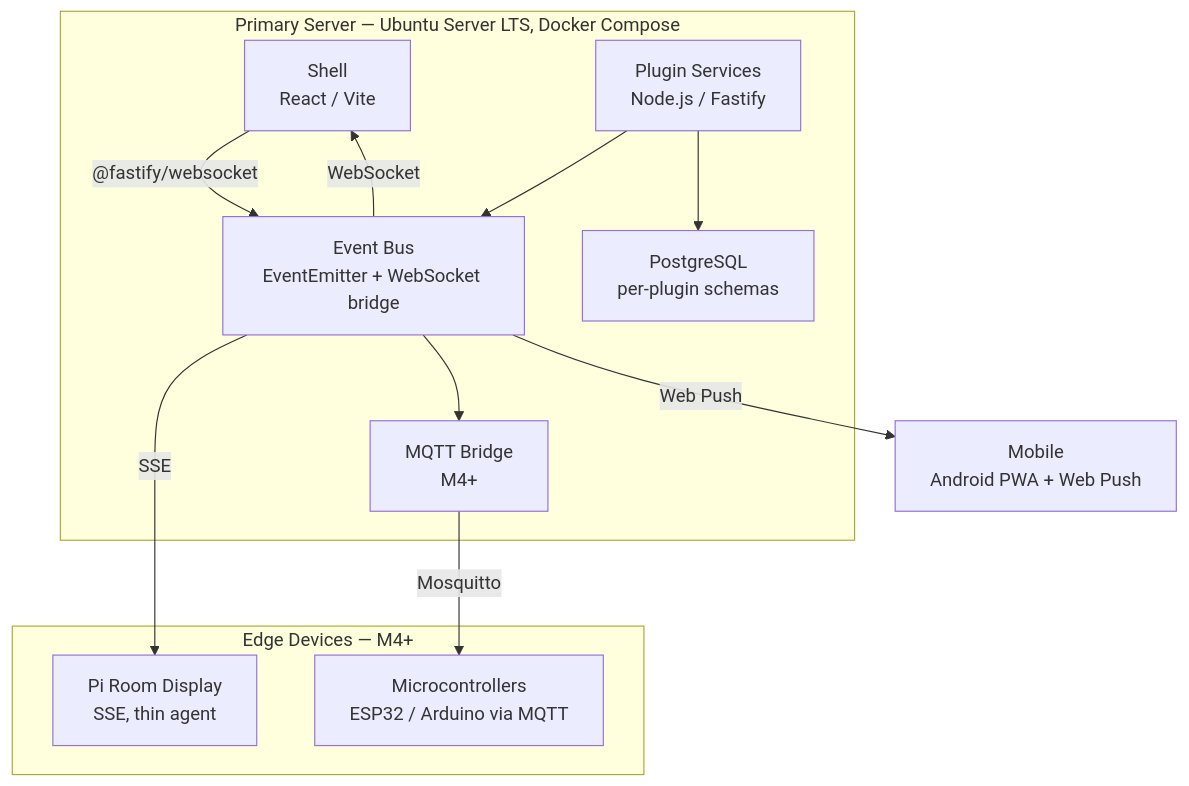
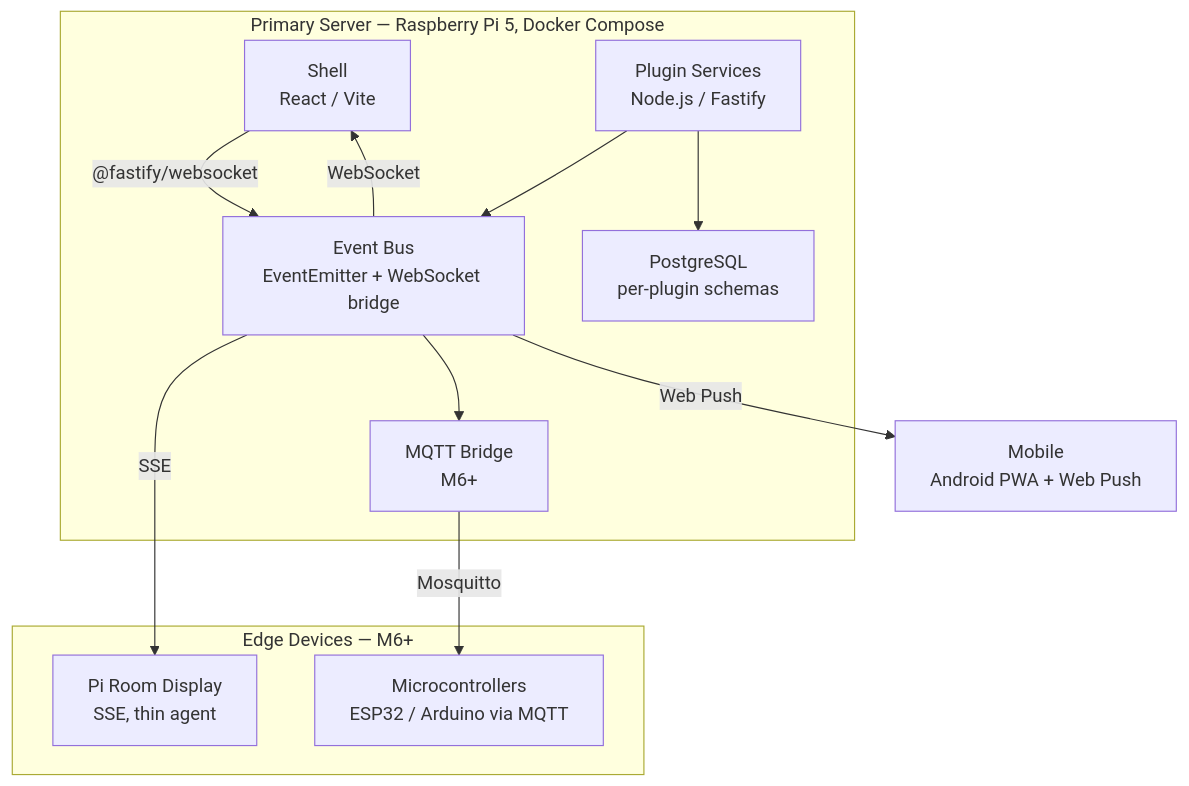
Before and after one commit to inquisitive-ginger/vireo: the first of 2 diagrams in docs/architecture.md, drawn with Mermaid. The commit also changed other lines of this file and 30 other files, not shown here.

````diff
--- a/docs/architecture.md
+++ b/docs/architecture.md
@@ -37,26 +37,26 @@
 ```mermaid
 graph TD
-  subgraph Server["Primary Server — Ubuntu Server LTS, Docker Compose"]
+  subgraph Server["Primary Server — Raspberry Pi 5, Docker Compose"]
     Shell["Shell\nReact / Vite"]
     Plugins["Plugin Services\nNode.js / Fastify"]
     Bus["Event Bus\nEventEmitter + WebSocket bridge"]
     PG["PostgreSQL\nper-plugin schemas"]
-    MQTT["MQTT Bridge\nM4+"]
+    MQTT["MQTT Bridge\nM6+"]
   end
 
-  subgraph Edge["Edge Devices — M4+"]
+  subgraph Edge["Edge Devices — M6+"]
     Pi["Pi Room Display\nSSE, thin agent"]
     MCU["Microcontrollers\nESP32 / Arduino via MQTT"]
   end
 
   Mobile["Mobile\nAndroid PWA + Web Push"]
 
   Shell -->|"@fastify/websocket"| Bus
   Plugins --> Bus
   Plugins --> PG
   Bus -->|WebSocket| Shell
   Bus -->|SSE| Pi
   Bus --> MQTT
   MQTT -->|Mosquitto| MCU
   Bus -->|Web Push| Mobile
 ```
````
